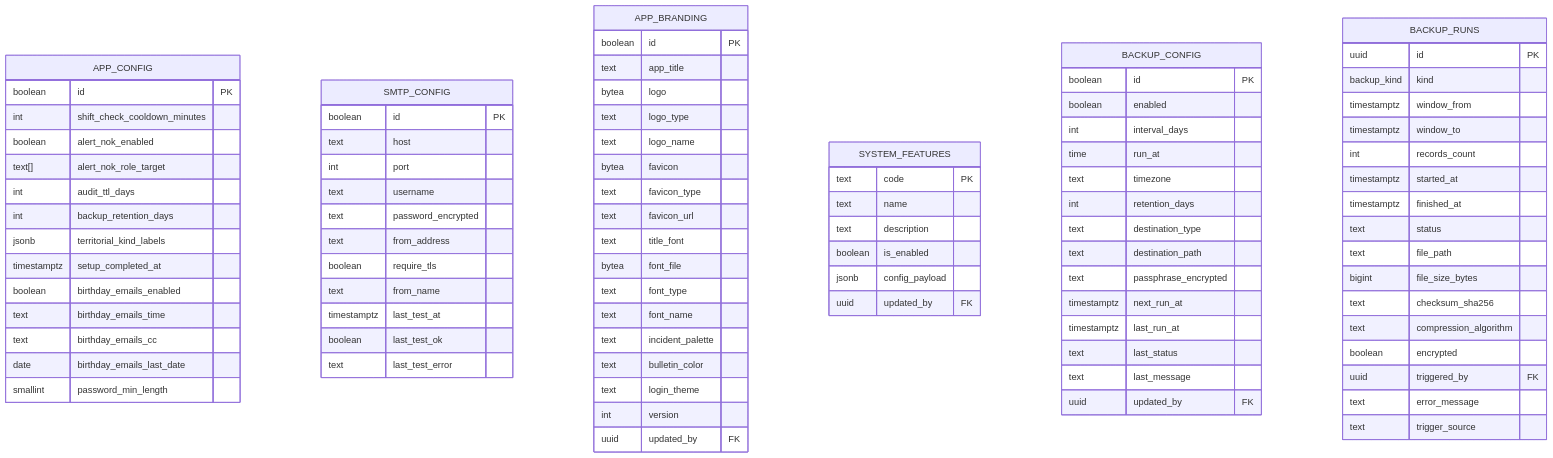
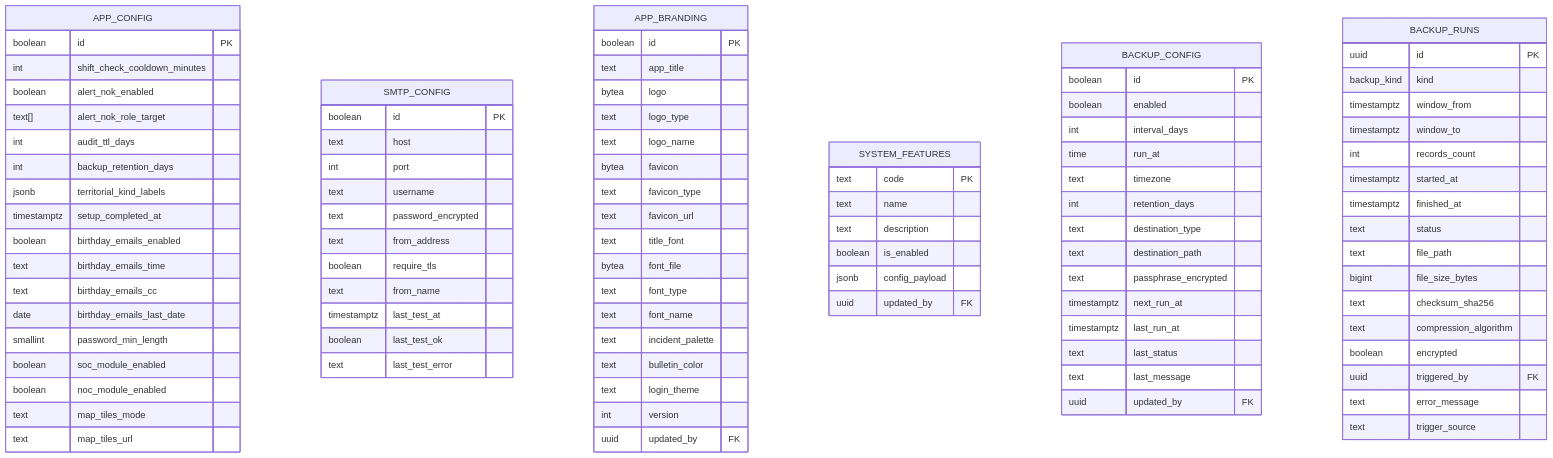
Diagram 11 of 13 in docs/modelo-de-datos.md (athomo001/BitacoraSOC), drawn with Mermaid before and after one commit. The commit also changed other lines of this file and 96 other files, not shown here.

```diff
--- a/docs/modelo-de-datos.md
+++ b/docs/modelo-de-datos.md
@@ -1006,6 +1008,10 @@
         text birthday_emails_cc
         date birthday_emails_last_date
         smallint password_min_length
+        boolean soc_module_enabled
+        boolean noc_module_enabled
+        text map_tiles_mode
+        text map_tiles_url
     }
     SMTP_CONFIG {
         boolean id PK
```
